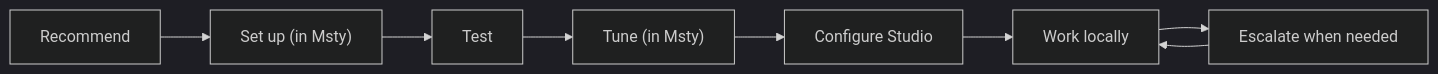
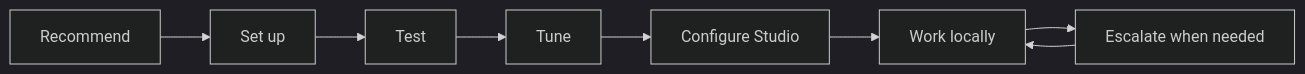
The first of 4 diagrams in README.md (M-Pineapple/msty-admin-mcp), drawn with Mermaid (dark theme) before and after one commit. The commit also changed other lines of this file and 14 other files, not shown here.

````diff
--- a/README.md
+++ b/README.md
@@ -36,10 +36,10 @@
 ```mermaid
 flowchart LR
-    R["Recommend"] --> S["Set up (in Msty)"]
+    R["Recommend"] --> S["Set up"]
     S --> T["Test"]
-    T --> U["Tune (in Msty)"]
+    T --> U["Tune"]
     U --> C["Configure Studio"]
     C --> W["Work locally"]
     W --> E["Escalate when needed"]
     E --> W
 ```
````
